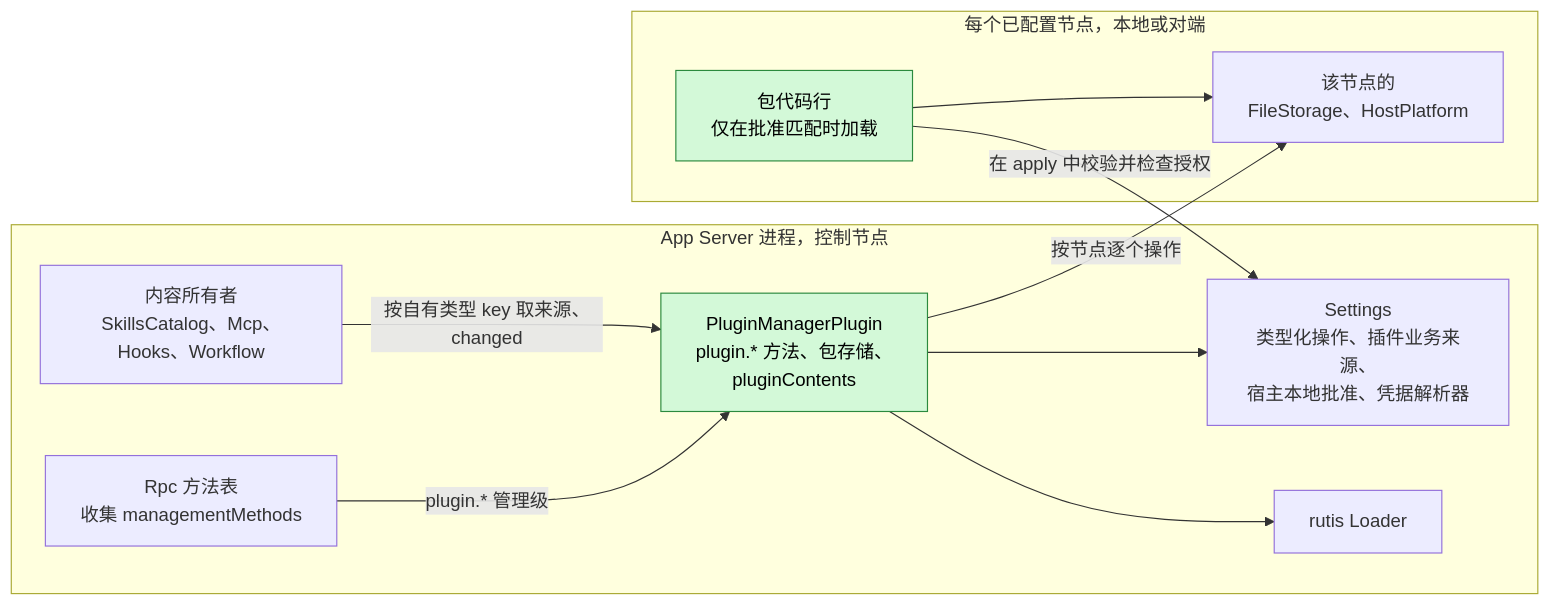
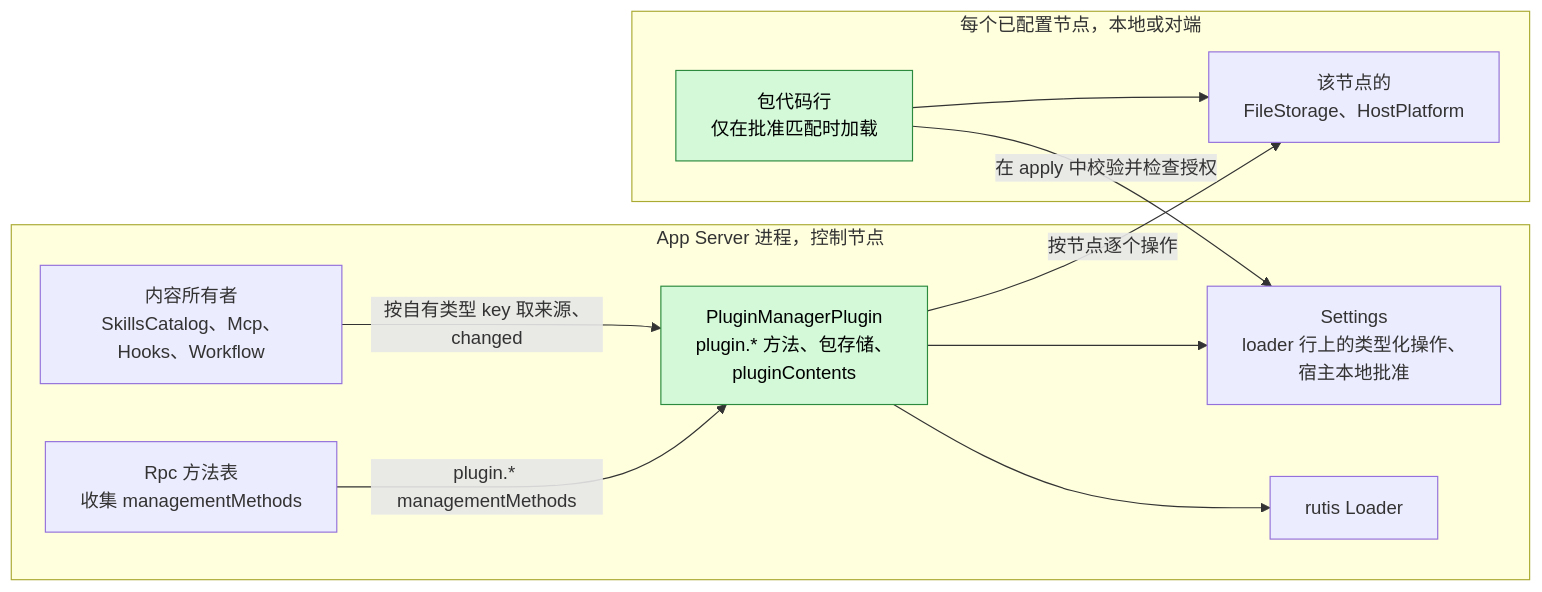
The first of 6 diagrams in docs/zh/design/plugins/PluginManager.md (CoutinhoTTS/dim-agent), drawn with Mermaid before and after one commit. The commit also changed other lines of this file and 42 other files, not shown here.

````diff
--- a/docs/zh/design/plugins/PluginManager.md
+++ b/docs/zh/design/plugins/PluginManager.md
@@ -9,22 +9,22 @@
 ```mermaid
 flowchart LR
   subgraph CN["App Server 进程，控制节点"]
     PM["PluginManagerPlugin<br/>plugin.* 方法、包存储、<br/>pluginContents"]:::new
-    SET["Settings<br/>类型化操作、插件业务来源、<br/>宿主本地批准、凭据解析器"]
+    SET["Settings<br/>loader 行上的类型化操作、<br/>宿主本地批准"]
     LOADER["rutis Loader"]
     RPC["Rpc 方法表<br/>收集 managementMethods"]
     CONS["内容所有者<br/>SkillsCatalog、Mcp、Hooks、Workflow"]
   end
   subgraph NODE["每个已配置节点，本地或对端"]
     SVC["该节点的<br/>FileStorage、HostPlatform"]
     CODE["包代码行<br/>仅在批准匹配时加载"]:::new
   end
   PM --> SET
   PM --> LOADER
   PM -->|"按节点逐个操作"| SVC
-  RPC -->|"plugin.* 管理级"| PM
+  RPC -->|"plugin.* managementMethods"| PM
   CONS -->|"按自有类型 key 取来源、changed"| PM
   CODE -->|"在 apply 中校验并检查授权"| SET
   CODE --> SVC
   classDef new fill:#d3f9d8,stroke:#2b8a3e,color:#000
 ```
````
